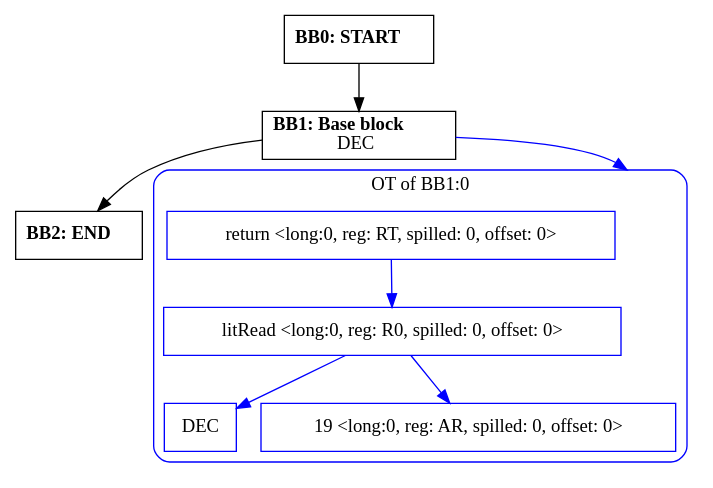
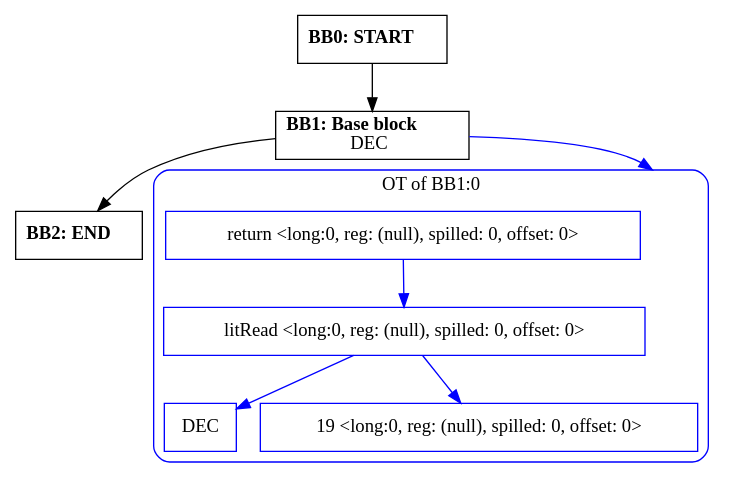
One commit to zavar152-cv/myLang-oop-compiler changed the diagram in outputs/cfg/io.ulongBufferSize.dot. Above: the diagram before and after it, drawn with Graphviz. The commit also changed 59 other files, not shown here.

```diff
--- a/outputs/cfg/io.ulongBufferSize.dot
+++ b/outputs/cfg/io.ulongBufferSize.dot
@@ -1,26 +1,26 @@
 digraph CFG {
     compound=true;
     graph [splines=true];
     node [shape=rectangle];
 
     BB2 [label=<<B>BB2: END</B><BR ALIGN="CENTER"/>>];
     BB1 [label=<<B>BB1: Base block</B><BR ALIGN="CENTER"/>DEC<BR ALIGN="CENTER"/>>];
     subgraph cluster_instruction0 {
         label = "OT of BB1:0";
         style=rounded;
         color=blue;
         entry0 [shape=point, style=invis];
-        node0 [label="return <long:0, reg: RT, spilled: 0, offset: 0>", color=blue];
-        node1 [label="litRead <long:0, reg: R0, spilled: 0, offset: 0>", color=blue];
+        node0 [label="return <long:0, reg: (null), spilled: 0, offset: 0>", color=blue];
+        node1 [label="litRead <long:0, reg: (null), spilled: 0, offset: 0>", color=blue];
         node2 [label="DEC", color=blue];
         node1 -> node2[color=blue];
-        node3 [label="19 <long:0, reg: AR, spilled: 0, offset: 0>", color=blue];
+        node3 [label="19 <long:0, reg: (null), spilled: 0, offset: 0>", color=blue];
         node1 -> node3[color=blue];
         node0 -> node1[color=blue];
     }
     BB1 -> entry0 [lhead=cluster_instruction0, color=blue];
     BB0 [label=<<B>BB0: START</B><BR ALIGN="CENTER"/>>];
 
     BB1 -> BB2;
     BB0 -> BB1;
 }
```
